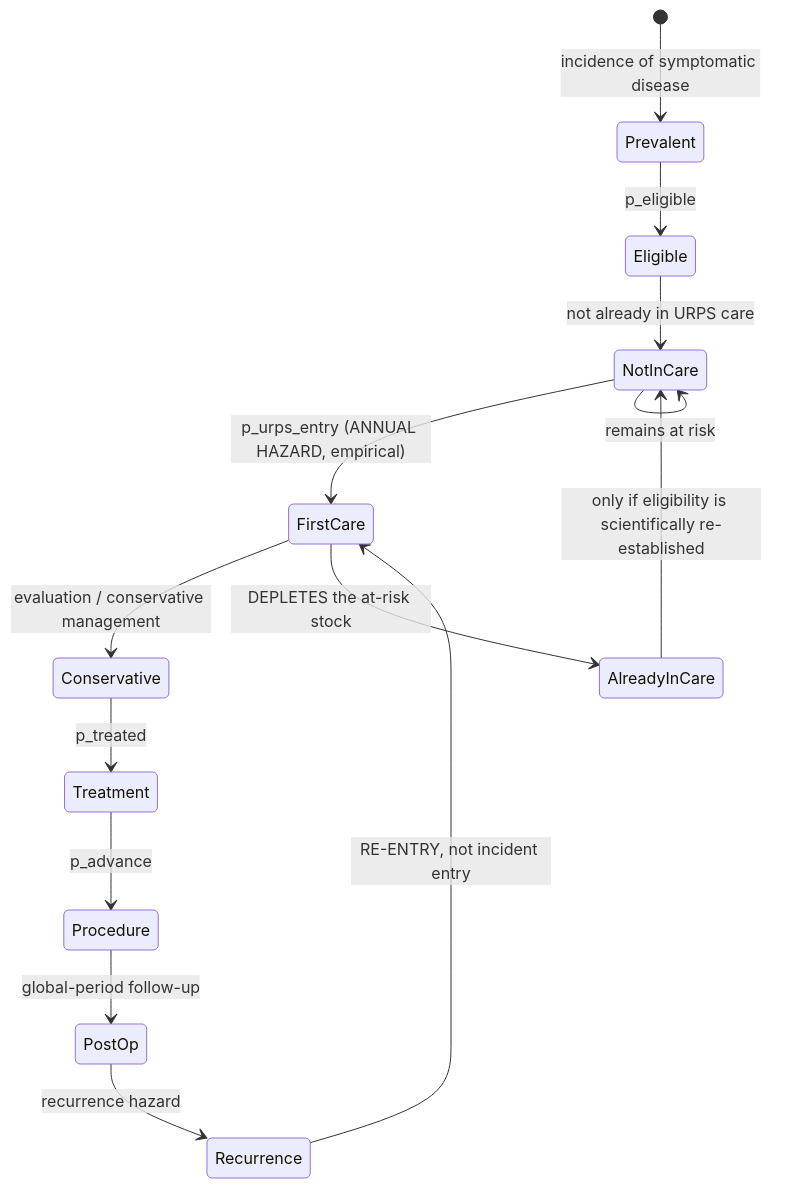
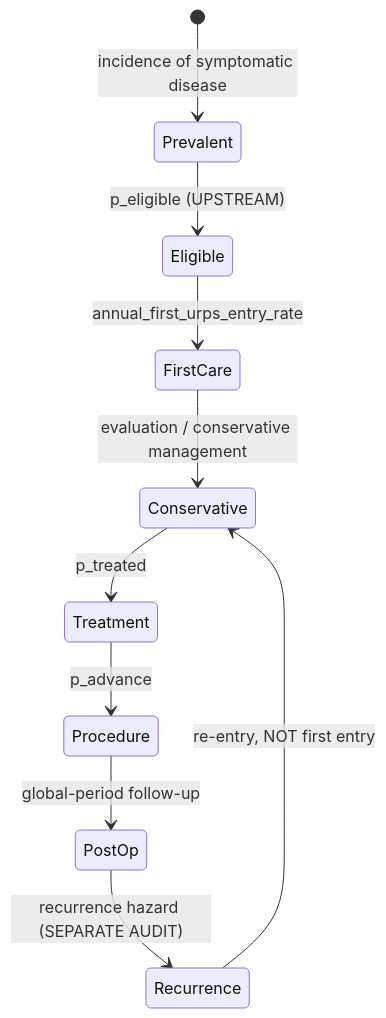
Before and after one commit to mufflyt/simulation: the diagram in docs/PATHWAY_STATE_TRANSITION_AUDIT.md, drawn with Mermaid. The commit also changed other lines of this file, not shown here.

````diff
--- a/docs/PATHWAY_STATE_TRANSITION_AUDIT.md
+++ b/docs/PATHWAY_STATE_TRANSITION_AUDIT.md
@@ -283,16 +343,12 @@
 ```mermaid
 stateDiagram-v2
     [*] --> Prevalent: incidence of symptomatic disease
-    Prevalent --> Eligible: p_eligible
-    Eligible --> NotInCare: not already in URPS care
-    NotInCare --> FirstCare: p_urps_entry (ANNUAL HAZARD, empirical)
+    Prevalent --> Eligible: p_eligible (UPSTREAM)
+    Eligible --> FirstCare: annual_first_urps_entry_rate
     FirstCare --> Conservative: evaluation / conservative management
     Conservative --> Treatment: p_treated
     Treatment --> Procedure: p_advance
     Procedure --> PostOp: global-period follow-up
-    PostOp --> Recurrence: recurrence hazard
-    Recurrence --> FirstCare: RE-ENTRY, not incident entry
-    NotInCare --> NotInCare: remains at risk
-    FirstCare --> AlreadyInCare: DEPLETES the at-risk stock
-    AlreadyInCare --> NotInCare: only if eligibility is scientifically re-established
+    PostOp --> Recurrence: recurrence hazard (SEPARATE AUDIT)
+    Recurrence --> Conservative: re-entry, NOT first entry
 ```
````
